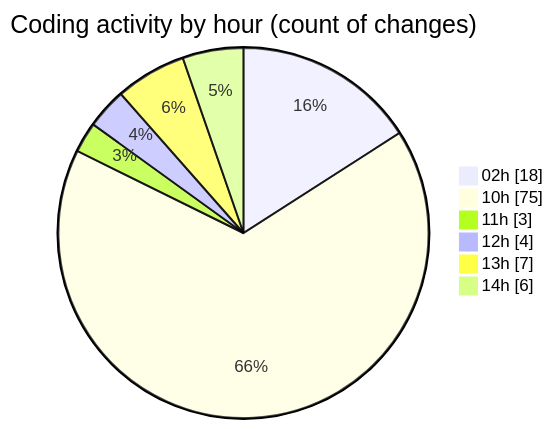
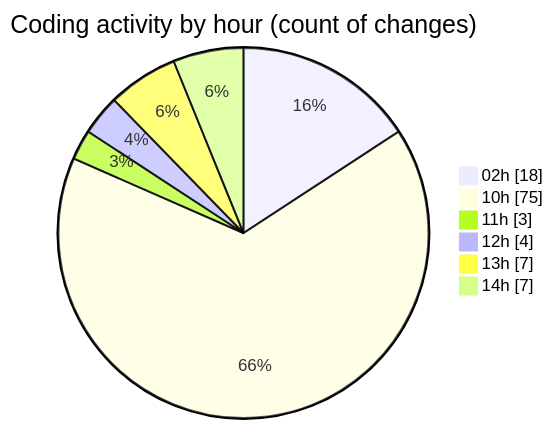
One commit to shibass792/code-tracking changed the second of 2 diagrams in 2026-07-08/twenty_versions_aminor/README.md. Above: the diagram before and after it, drawn with Mermaid. The commit also changed other lines of this file and 1 other file, not shown here.

````diff
--- a/2026-07-08/twenty_versions_aminor/README.md
+++ b/2026-07-08/twenty_versions_aminor/README.md
@@ -37,10 +37,10 @@
 ```mermaid
 pie showData
 title Coding activity by hour (count of changes)
 "02h" : 18
 "10h" : 75
 "11h" : 3
 "12h" : 4
 "13h" : 7
-"14h" : 6
+"14h" : 7
 ```
````
